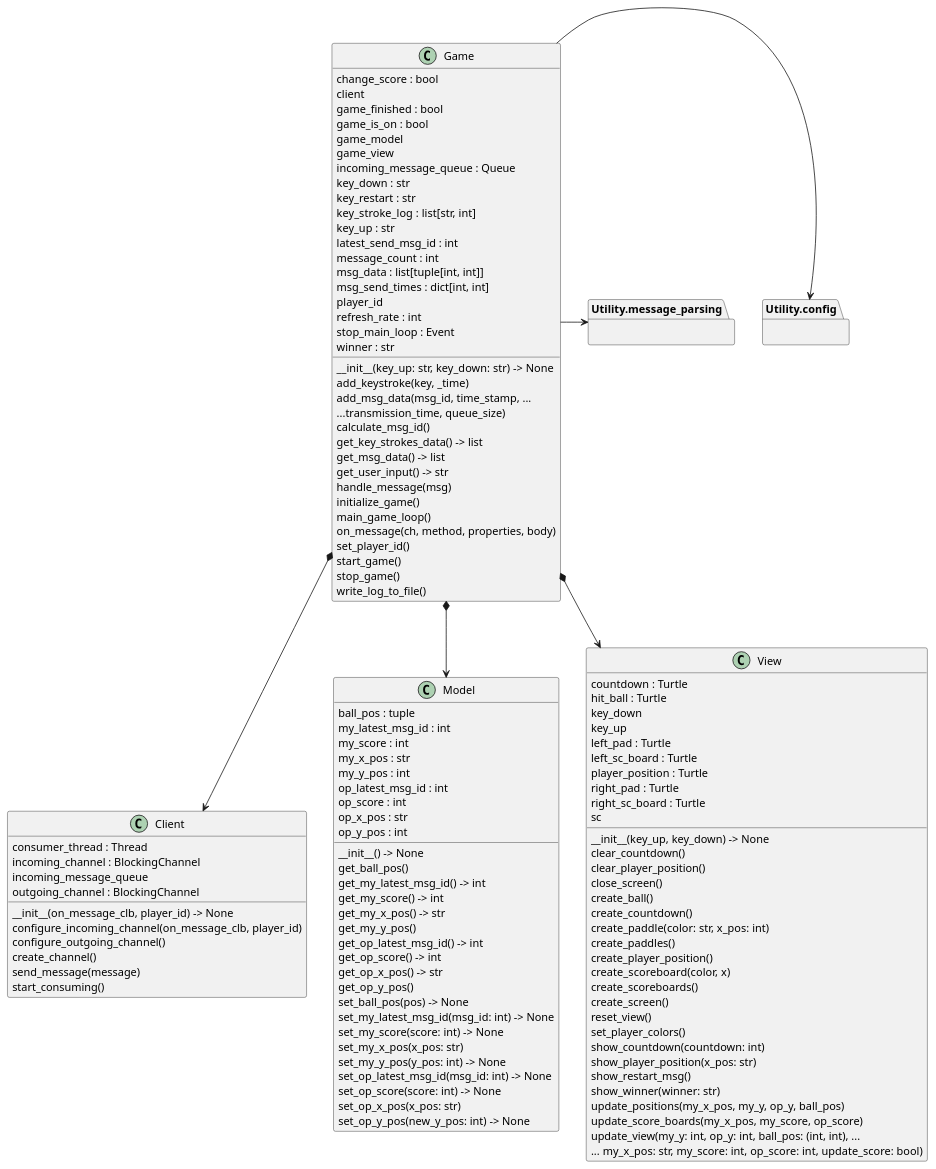
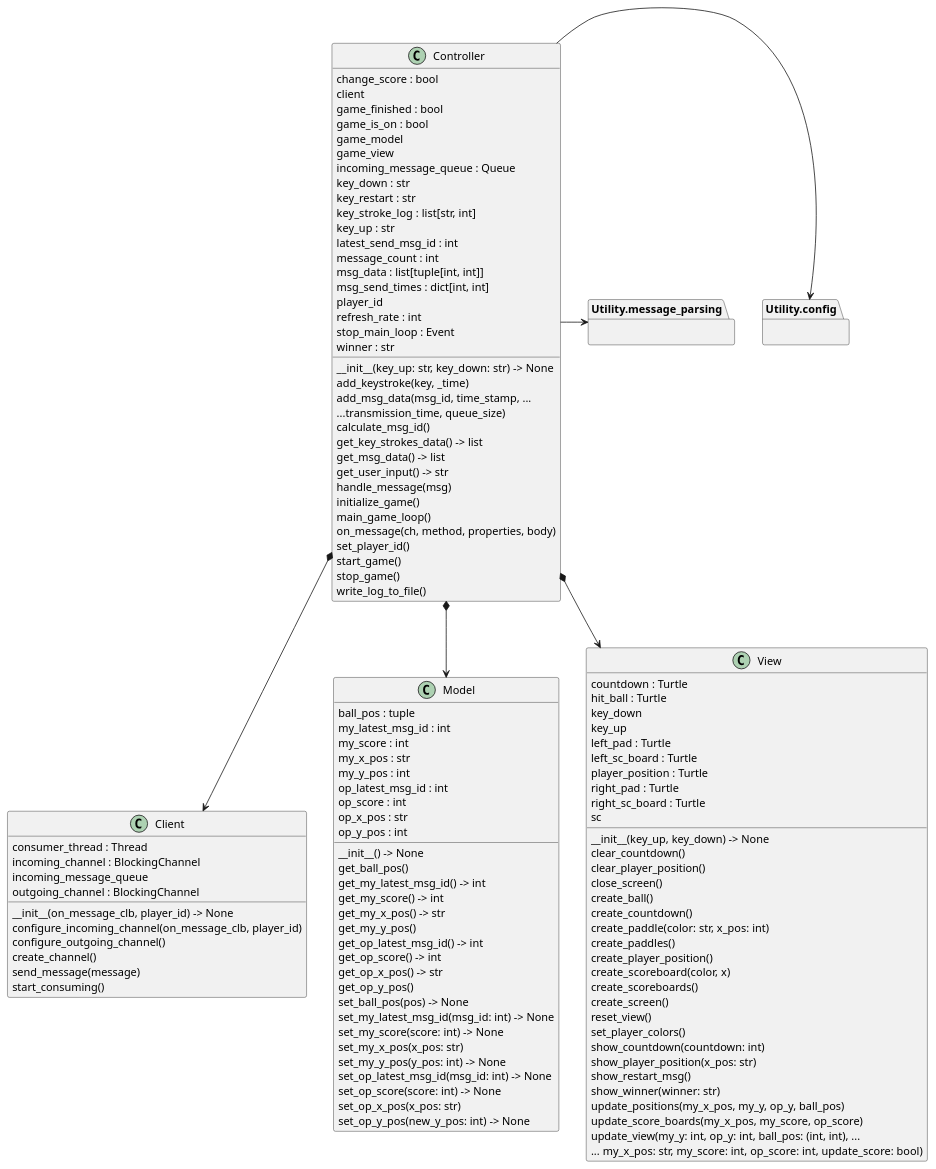
The diagram in src/UML_Diagrams/Player_classes.puml (Andreas691667/P3BMiddleware_Group2), drawn with PlantUML before and after one commit. The commit also changed 18 other files, not shown here.

Commit message:
diagrams and comments removed

```diff
--- a/src/UML_Diagrams/Player_classes.puml
+++ b/src/UML_Diagrams/Player_classes.puml
@@ -1,129 +1,129 @@
 @startuml classes
 set namespaceSeparator none
 class "Client" as Player.client.Client {
   consumer_thread : Thread
   incoming_channel : BlockingChannel
   incoming_message_queue
   outgoing_channel : BlockingChannel
   __init__(on_message_clb, player_id) -> None
   configure_incoming_channel(on_message_clb, player_id)
   configure_outgoing_channel()
   create_channel()
   send_message(message)
   start_consuming()
 }
-class "Game" as Player.game.Game {
+class "Controller" as Player.controller.Controller {
   change_score : bool
   client
   game_finished : bool
   game_is_on : bool
   game_model
   game_view
   incoming_message_queue : Queue
   key_down : str
   key_restart : str
   key_stroke_log : list[str, int]
   key_up : str
   latest_send_msg_id : int
   message_count : int
   msg_data : list[tuple[int, int]]
   msg_send_times : dict[int, int]
   player_id
   refresh_rate : int
   stop_main_loop : Event
   winner : str
   __init__(key_up: str, key_down: str) -> None
   add_keystroke(key, _time)
   add_msg_data(msg_id, time_stamp, ...
   ...transmission_time, queue_size)
   calculate_msg_id()
   get_key_strokes_data() -> list
   get_msg_data() -> list
   get_user_input() -> str
   handle_message(msg)
   initialize_game()
   main_game_loop()
   on_message(ch, method, properties, body)
   set_player_id()
   start_game()
   stop_game()
   write_log_to_file()
 }
 class "Model" as Player.model.Model {
   ball_pos : tuple
   my_latest_msg_id : int
   my_score : int
   my_x_pos : str
   my_y_pos : int
   op_latest_msg_id : int
   op_score : int
   op_x_pos : str
   op_y_pos : int
   __init__() -> None
   get_ball_pos()
   get_my_latest_msg_id() -> int
   get_my_score() -> int
   get_my_x_pos() -> str
   get_my_y_pos()
   get_op_latest_msg_id() -> int
   get_op_score() -> int
   get_op_x_pos() -> str
   get_op_y_pos()
   set_ball_pos(pos) -> None
   set_my_latest_msg_id(msg_id: int) -> None
   set_my_score(score: int) -> None
   set_my_x_pos(x_pos: str)
   set_my_y_pos(y_pos: int) -> None
   set_op_latest_msg_id(msg_id: int) -> None
   set_op_score(score: int) -> None
   set_op_x_pos(x_pos: str)
   set_op_y_pos(new_y_pos: int) -> None
 }
 class "View" as Player.view.View {
   countdown : Turtle
   hit_ball : Turtle
   key_down
   key_up
   left_pad : Turtle
   left_sc_board : Turtle
   player_position : Turtle
   right_pad : Turtle
   right_sc_board : Turtle
   sc
   __init__(key_up, key_down) -> None
   clear_countdown()
   clear_player_position()
   close_screen()
   create_ball()
   create_countdown()
   create_paddle(color: str, x_pos: int)
   create_paddles()
   create_player_position()
   create_scoreboard(color, x)
   create_scoreboards()
   create_screen()
   reset_view()
   set_player_colors()
   show_countdown(countdown: int)
   show_player_position(x_pos: str)
   show_restart_msg()
   show_winner(winner: str)
   update_positions(my_x_pos, my_y, op_y, ball_pos)
   update_score_boards(my_x_pos, my_score, op_score)
   update_view(my_y: int, op_y: int, ball_pos: (int, int), ...
   ... my_x_pos: str, my_score: int, op_score: int, update_score: bool)
 }
 
 package "Utility.config" as Utility.config {
 }
 package "Utility.message_parsing" as Utility.message_parsing {
 }
 
-Player.game.Game -> Utility.config
-Player.game.Game -> Utility.message_parsing
-Player.game.Game *--> Player.client.Client
-Player.game.Game *--> Player.model.Model
-Player.game.Game *--> Player.view.View
+Player.controller.Controller -> Utility.config
+Player.controller.Controller -> Utility.message_parsing
+Player.controller.Controller *--> Player.client.Client
+Player.controller.Controller *--> Player.model.Model
+Player.controller.Controller *--> Player.view.View
 
 
 @enduml
```
